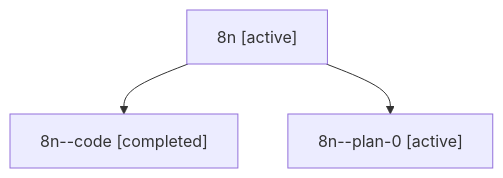
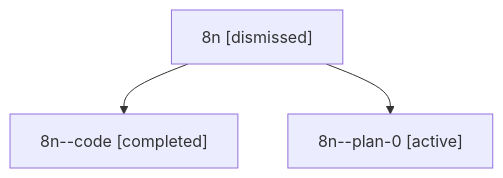
One commit to sase-org/sase--agents changed the diagram in sessions/bbugyi200.athena.8n.md. Above: the diagram before and after it, drawn with Mermaid. The commit also changed other lines of this file and 18 other files, not shown here.

````diff
--- a/sessions/bbugyi200.athena.8n.md
+++ b/sessions/bbugyi200.athena.8n.md
@@ -9,8 +9,8 @@
 ```mermaid
 flowchart TD
-  n0["8n [active]"]
+  n0["8n [dismissed]"]
   n1["8n--code [completed]"]
   n0 --> n1
   n2["8n--plan-0 [active]"]
   n0 --> n2
 ```
````
